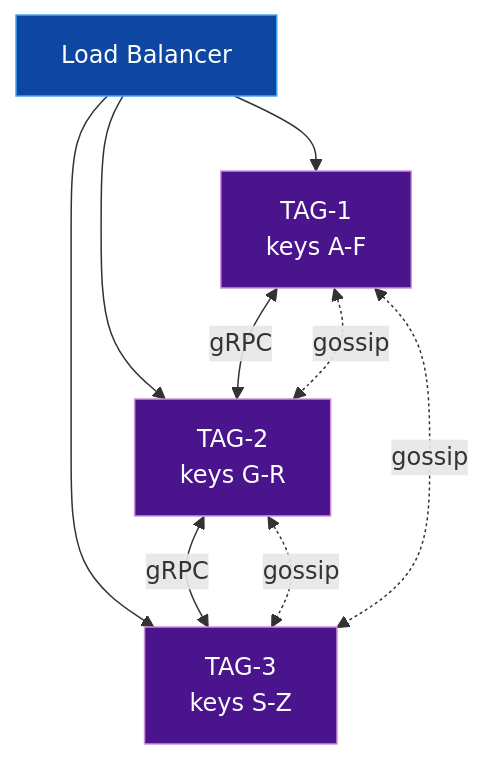
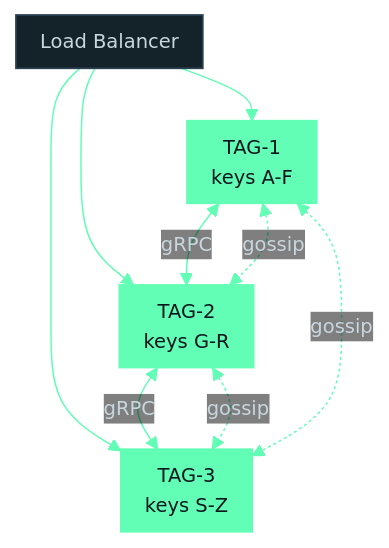
The third of 4 diagrams in docs/acceleration-gateway/index.mdx (tigrisdata/tigris-os-docs), drawn with Mermaid before and after one commit. The commit also changed other lines of this file and 2 other files, not shown here.

First line of the commit message:
style: match mermaid diagrams to TAG lander diagram styling

`````diff
--- a/docs/acceleration-gateway/index.mdx
+++ b/docs/acceleration-gateway/index.mdx
@@ -187,21 +189,22 @@
 ```mermaid
+%%{init: {'theme': 'base', 'flowchart': {'padding': 8, 'nodeSpacing': 25, 'rankSpacing': 35}, 'themeVariables': {'primaryColor': '#142229', 'primaryTextColor': '#c8d6de', 'primaryBorderColor': '#1e3340', 'lineColor': '#62FEB5', 'secondaryColor': '#101c24', 'tertiaryColor': '#0e1920', 'edgeLabelBackground': 'transparent', 'clusterBkg': '#0e1920', 'clusterBorder': '#1e3340', 'fontFamily': 'sans-serif', 'fontSize': '13px', 'background': '#0e1920', 'textColor': '#8fa3b0', 'nodeBorder': '#1e3340'}}}%%
 flowchart TB
-    classDef infra fill:#0d47a1,stroke:#42a5f5,color:#fff
-    classDef node fill:#4a148c,stroke:#ce93d8,color:#fff
+    classDef infra fill:#142229,stroke:#2a4050,color:#c8d6de,stroke-width:1.2px
+    classDef node fill:#62FEB5,stroke:#62FEB5,color:#0A171E,stroke-width:1.2px
 
     LB[Load Balancer]:::infra
     N1[TAG-1<br/>keys A-F]:::node
     N2[TAG-2<br/>keys G-R]:::node
     N3[TAG-3<br/>keys S-Z]:::node
 
     LB --> N1
     LB --> N2
     LB --> N3
 
     N1 <-->|gRPC| N2
     N2 <-->|gRPC| N3
     N1 <-.gossip.-> N2
     N2 <-.gossip.-> N3
     N1 <-.gossip.-> N3
 
 ````
`````
